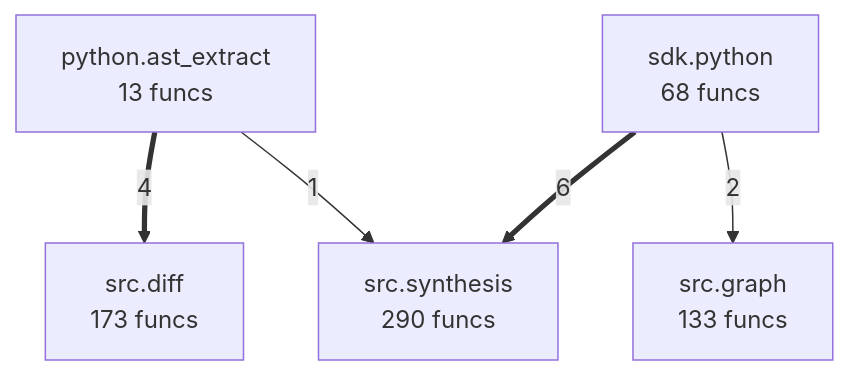
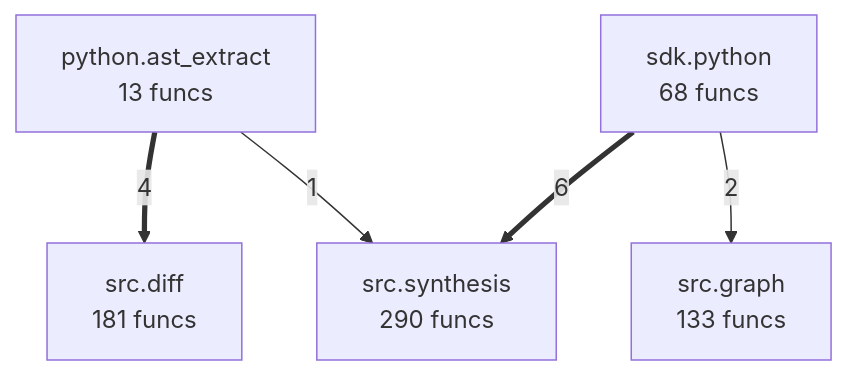
The diagram in project/compact_flow.mmd (autogrammar/todo2code), drawn with Mermaid before and after one commit. The commit also changed 102 other files, not shown here.

```diff
--- a/project/compact_flow.mmd
+++ b/project/compact_flow.mmd
@@ -1,11 +1,11 @@
 flowchart TD
 %% generated in 0.03s
     python__ast_extract["python.ast_extract<br/>13 funcs"]
     sdk__python["sdk.python<br/>68 funcs"]
-    src__diff["src.diff<br/>173 funcs"]
+    src__diff["src.diff<br/>181 funcs"]
     src__graph["src.graph<br/>133 funcs"]
     src__synthesis["src.synthesis<br/>290 funcs"]
     sdk__python ==>|6| src__synthesis
     python__ast_extract ==>|4| src__diff
     sdk__python -->|2| src__graph
     python__ast_extract -->|1| src__synthesis
```
